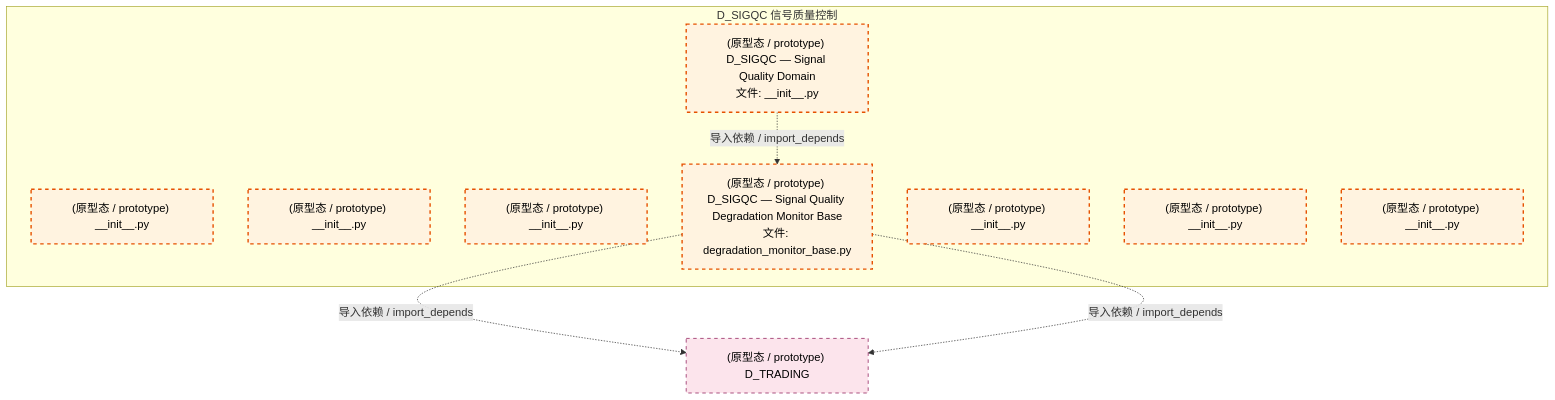
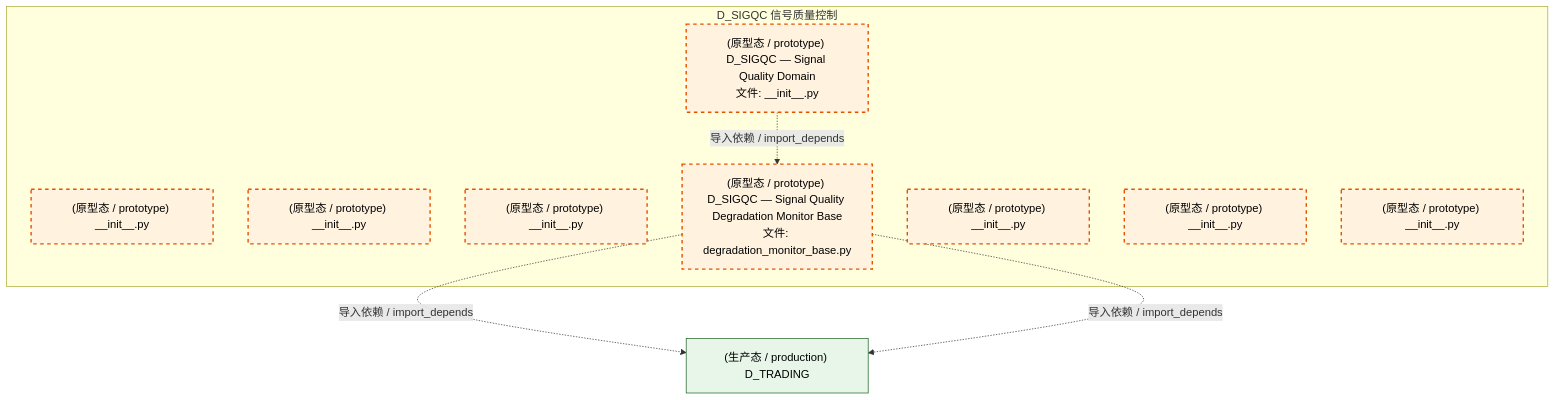
Before and after one commit to xuanFelixVan/ZephyrAlpha: the first of 3 diagrams in docs/02_enterprise_architecture/02_domain_architecture_docs/56_d_sigqc.md, drawn with Mermaid. The commit also changed other lines of this file and 124 other files, not shown here.

````diff
--- a/docs/02_enterprise_architecture/02_domain_architecture_docs/56_d_sigqc.md
+++ b/docs/02_enterprise_architecture/02_domain_architecture_docs/56_d_sigqc.md
@@ -71,23 +71,23 @@
 ```mermaid
 graph TD
     subgraph D_SIGQC["D_SIGQC 信号质量控制"]
         src_zephyr_signal_quality_init_py["(原型态 / prototype) D_SIGQC — Signal Quality Domain<br/>文件: __init__.py"]
         src_zephyr_signal_quality_extensions_init_py["(原型态 / prototype) __init__.py"]
         src_zephyr_signal_quality_api_init_py["(原型态 / prototype) __init__.py"]
         src_zephyr_signal_quality_core_init_py["(原型态 / prototype) __init__.py"]
         src_zephyr_signal_quality_degradation_monitor_base_py["(原型态 / prototype) D_SIGQC — Signal Quality Degradation Monitor Base<br/>文件: degradation_monitor_base.py"]
         src_zephyr_signal_quality_infrastructure_init_py["(原型态 / prototype) __init__.py"]
         src_zephyr_signal_quality_models_init_py["(原型态 / prototype) __init__.py"]
         src_zephyr_signal_quality_services_init_py["(原型态 / prototype) __init__.py"]
     end
     src_zephyr_signal_quality_init_py -.->|导入依赖 / import_depends| src_zephyr_signal_quality_degradation_monitor_base_py
-    D_TRADING["(原型态 / prototype) D_TRADING"]
+    D_TRADING["(生产态 / production) D_TRADING"]
     src_zephyr_signal_quality_degradation_monitor_base_py -.->|导入依赖 / import_depends| D_TRADING
     src_zephyr_signal_quality_degradation_monitor_base_py -.->|导入依赖 / import_depends| D_TRADING
     classDef production fill:#e1f5fe,stroke:#01579b,stroke-width:2px,color:#000
     classDef design fill:#fff3e0,stroke:#e65100,stroke-width:2px,color:#000,stroke-dasharray: 5 5
     classDef external_prod fill:#e8f5e9,stroke:#1b5e20,stroke-width:1px,color:#000
     classDef external_design fill:#fce4ec,stroke:#880e4f,stroke-width:1px,color:#000,stroke-dasharray: 5 5
     class src_zephyr_signal_quality_init_py,src_zephyr_signal_quality_extensions_init_py,src_zephyr_signal_quality_api_init_py,src_zephyr_signal_quality_core_init_py,src_zephyr_signal_quality_degradation_monitor_base_py,src_zephyr_signal_quality_infrastructure_init_py,src_zephyr_signal_quality_models_init_py,src_zephyr_signal_quality_services_init_py design
-    class D_TRADING external_design
+    class D_TRADING external_prod
 ```
````
